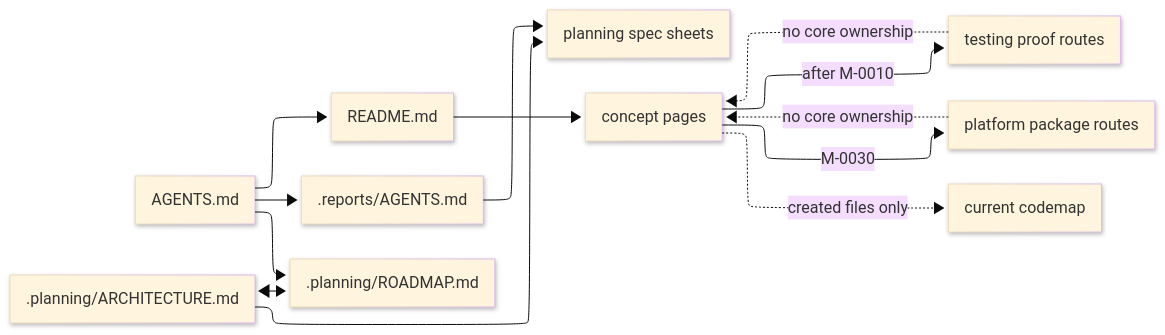
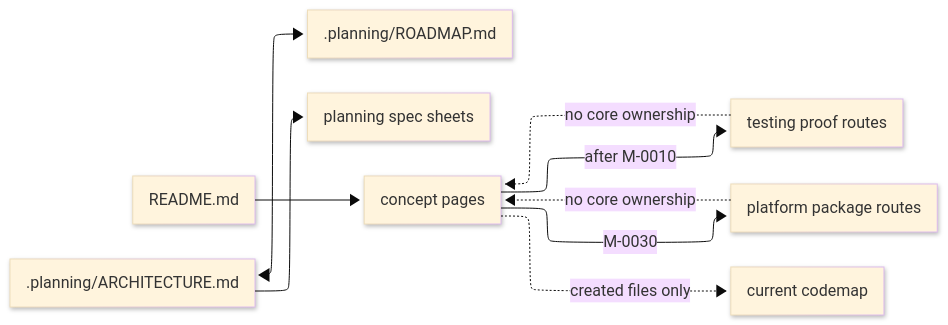
The diagram in docs/stacks/python/.planning/ARCHITECTURE.md (bsamiee/Rasm), drawn with Mermaid (base theme) before and after one commit. The commit also changed other lines of this file and 115 other files, not shown here.

````diff
--- a/docs/stacks/python/.planning/ARCHITECTURE.md
+++ b/docs/stacks/python/.planning/ARCHITECTURE.md
@@ -123,33 +104,27 @@
 ```mermaid
 ---
 config:
   layout: elk
   look: neo
 ---
 flowchart LR
     accTitle: Python stack dependency direction
-    accDescr: The Python stack overlay routes edits to the README chooser, roadmap, and report companion; report sessions promote into planning spec sheets; architecture and roadmap synchronize planning state; concept owners feed later testing and platform routes; and planned labels stay out of the current codemap until files exist.
-    Overlay["AGENTS.md"]
+    accDescr: The Python stack README routes edits to the chooser and roadmap; architecture and roadmap synchronize planning state; concept owners feed later testing and platform routes; and planned labels stay out of the current codemap until files exist.
     Chooser["README.md"]
-    Reports[".reports/AGENTS.md"]
     Architecture[".planning/ARCHITECTURE.md"]
     Roadmap[".planning/ROADMAP.md"]
     Spec["planning spec sheets"]
     Concepts["concept pages"]
     Testing["testing proof routes"]
     Platform["platform package routes"]
     Codemap["current codemap"]
 
-    Overlay --> Chooser
-    Overlay --> Roadmap
-    Overlay --> Reports
-    Reports --> Spec
     Chooser --> Concepts
     Architecture <--> Roadmap
     Architecture --> Spec
     Concepts -->|"after M-0010"| Testing
     Concepts -->|"M-0030"| Platform
     Concepts -. "created files only" .-> Codemap
     Testing -. "no core ownership" .-> Concepts
     Platform -. "no core ownership" .-> Concepts
 ```
````
